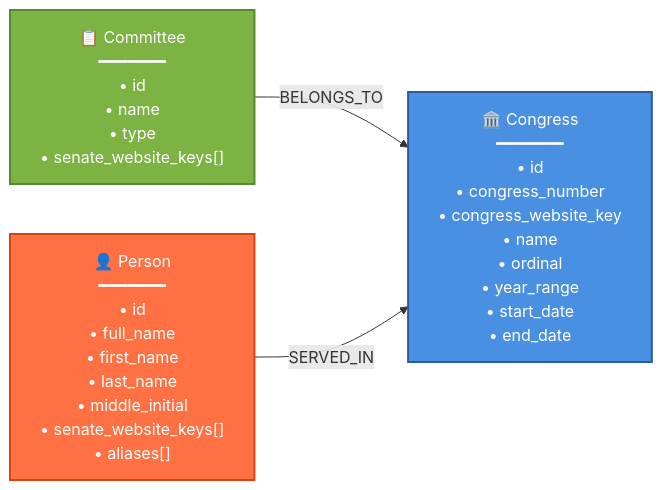
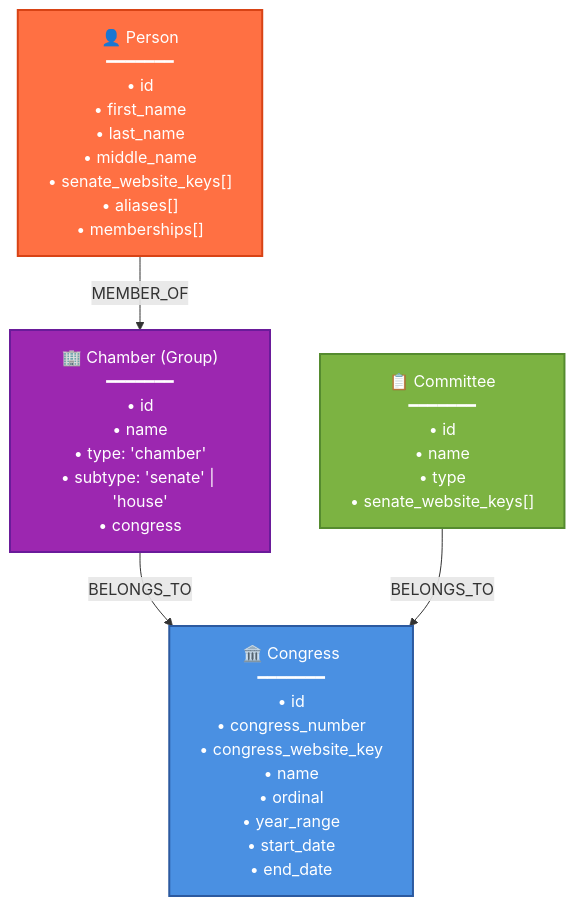
Before and after one commit to bettergovph/open-congress-data: the diagram in README.md, drawn with Mermaid. The commit also changed other lines of this file and 4 other files, not shown here.

````diff
--- a/README.md
+++ b/README.md
@@ -39,22 +40,27 @@
 ```mermaid
-graph LR
+graph TD
     %% Node definitions with styling
     Congress["🏛️ Congress<br/>━━━━━━━<br/>• id<br/>• congress_number<br/>• congress_website_key<br/>• name<br/>• ordinal<br/>• year_range<br/>• start_date<br/>• end_date"]
 
+    Chamber["🏢 Chamber (Group)<br/>━━━━━━━<br/>• id<br/>• name<br/>• type: 'chamber'<br/>• subtype: 'senate' | 'house'<br/>• congress"]
+
     Committee["📋 Committee<br/>━━━━━━━<br/>• id<br/>• name<br/>• type<br/>• senate_website_keys[]"]
 
-    Person["👤 Person<br/>━━━━━━━<br/>• id<br/>• full_name<br/>• first_name<br/>• last_name<br/>• middle_initial<br/>• senate_website_keys[]<br/>• aliases[]"]
+    Person["👤 Person<br/>━━━━━━━<br/>• id<br/>• first_name<br/>• last_name<br/>• middle_name<br/>• senate_website_keys[]<br/>• aliases[]<br/>• memberships[]"]
 
     %% Relationships
+    Chamber -->|BELONGS_TO| Congress
     Committee -->|BELONGS_TO| Congress
-    Person -->|SERVED_IN| Congress
+    Person -->|MEMBER_OF| Chamber
 
     %% Styling
     classDef congressNode fill:#4a90e2,stroke:#2c5aa0,stroke-width:2px,color:#fff
+    classDef chamberNode fill:#9c27b0,stroke:#6a1b9a,stroke-width:2px,color:#fff
     classDef committeeNode fill:#7cb342,stroke:#558b2f,stroke-width:2px,color:#fff
     classDef personNode fill:#ff7043,stroke:#d84315,stroke-width:2px,color:#fff
 
     class Congress congressNode
+    class Chamber chamberNode
     class Committee committeeNode
     class Person personNode
 ```
````
